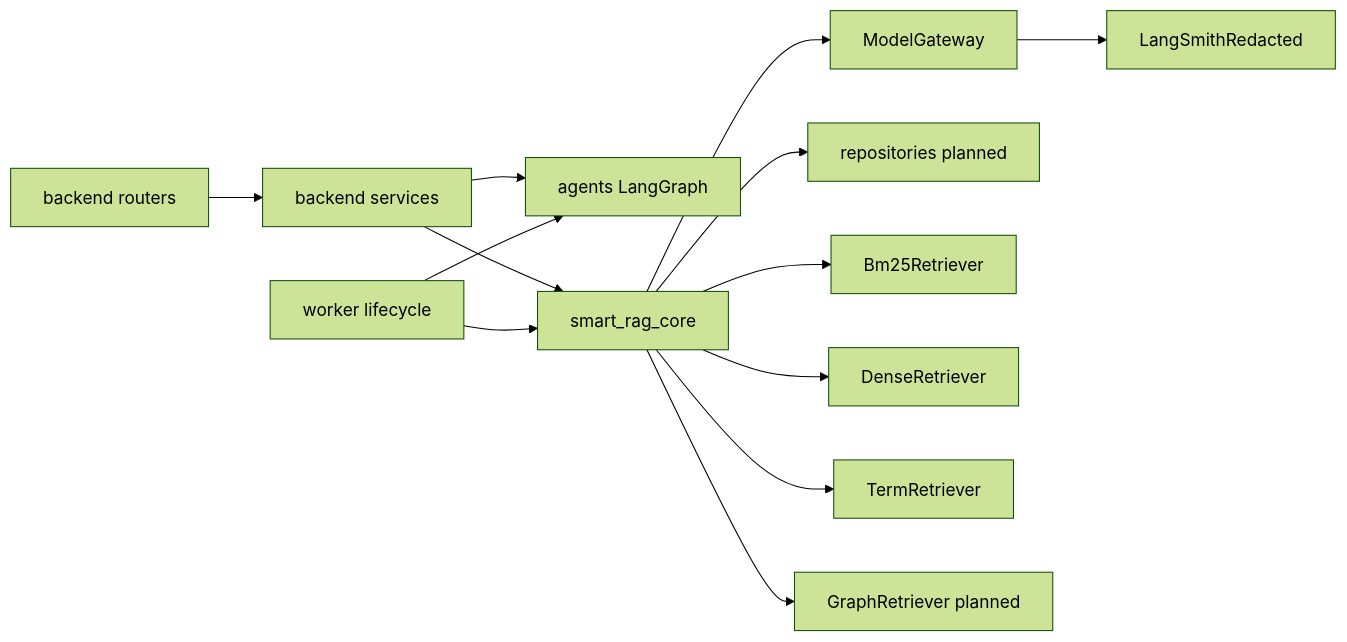
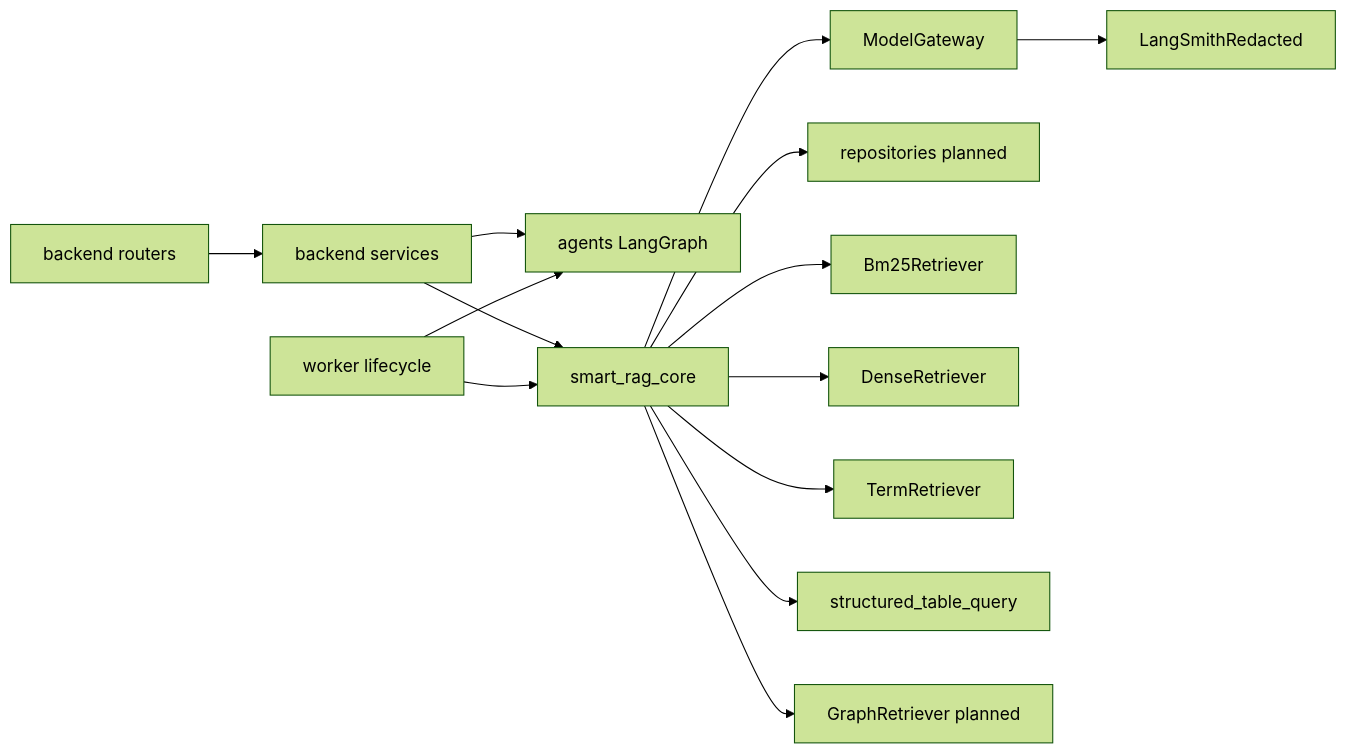
Before and after one commit to Nagdy8888/smart-rag: the diagram in docs/architecture/03-components.md, drawn with Mermaid (forest theme). The commit also changed other lines of this file and 24 other files, not shown here.

Commit message:
Implement Phase 4 Packet 7 sandboxed DuckDB structured tables with exact cell provenance.

````diff
--- a/docs/architecture/03-components.md
+++ b/docs/architecture/03-components.md
@@ -11,15 +11,16 @@
 ```mermaid
 flowchart LR
   routers["backend routers"] --> services["backend services"]
   services --> graphs["agents LangGraph"]
   services --> core["smart_rag_core"]
   worker["worker lifecycle"] --> graphs
   worker --> core
   core --> gw["ModelGateway"]
   gw --> langsmith["LangSmithRedacted"]
   core --> repos["repositories planned"]
   core --> bm25["Bm25Retriever"]
   core --> dense["DenseRetriever"]
   core --> terms["TermRetriever"]
+  core --> tables["structured_table_query"]
   core --> graphR["GraphRetriever planned"]
 ```
````
